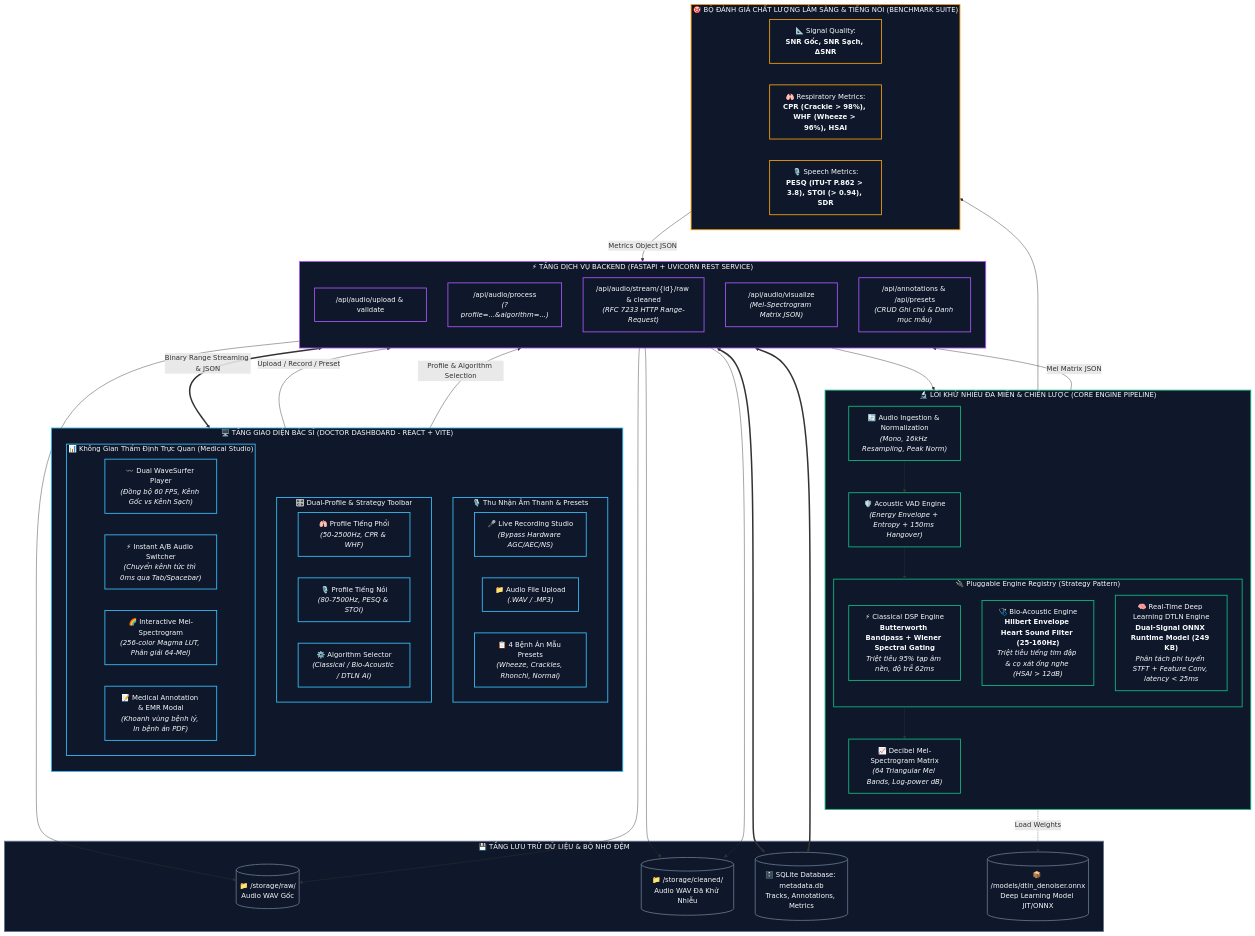
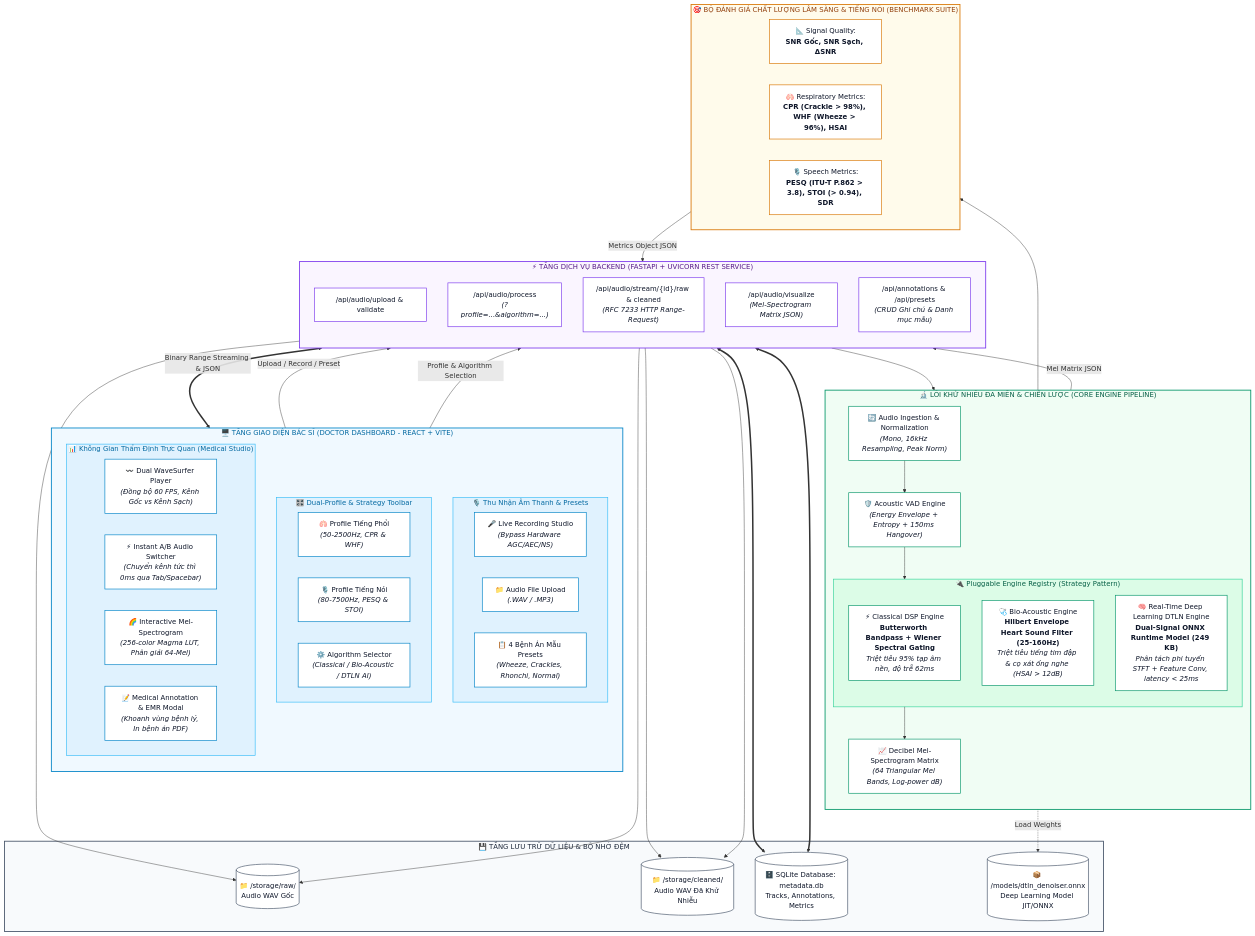
One commit to minhduc01168/respiratory-sound-denoising-viz changed the diagram in README.md. Above: the diagram before and after it, drawn with Mermaid. The commit also changed 1 other file, not shown here.

Commit message:
docs: adjust architecture diagram to high-contrast light theme palette

````diff
--- a/README.md
+++ b/README.md
@@ -121,17 +121,31 @@
     E3 -.->|Load Weights| S4
 
     %% ==========================================
-    %% CLASS STYLES
+    %% LIGHT THEME STYLES (DỄ NHÌN, TƯƠNG PHẢN CAO)
     %% ==========================================
-    classDef uiStyle fill:#0F172A,stroke:#38BDF8,stroke-width:2px,color:#F8FAFC;
-    classDef apiStyle fill:#0F172A,stroke:#A855F7,stroke-width:2px,color:#F8FAFC;
-    classDef engineStyle fill:#0F172A,stroke:#10B981,stroke-width:2px,color:#F8FAFC;
-    classDef metricStyle fill:#0F172A,stroke:#F59E0B,stroke-width:2px,color:#F8FAFC;
-    classDef storageStyle fill:#0F172A,stroke:#64748B,stroke-width:2px,color:#F8FAFC;
+    style UI_TIER fill:#F0F9FF,stroke:#0284C7,stroke-width:2px,color:#0369A1
+    style UI_INPUTS fill:#E0F2FE,stroke:#38BDF8,stroke-width:1.5px,color:#0369A1
+    style UI_CONTROLS fill:#E0F2FE,stroke:#38BDF8,stroke-width:1.5px,color:#0369A1
+    style UI_VIZ fill:#E0F2FE,stroke:#38BDF8,stroke-width:1.5px,color:#0369A1
 
-    class UI_TIER,UI_INPUTS,UI_CONTROLS,UI_VIZ,U1,U2,U3,U4,U5,U6,U7,U8,U9,U10 uiStyle;
-    class API_TIER,A1,A2,A3,A4,A5 apiStyle;
-    class CORE_TIER,P0,P1,P2,STRATEGY_REGISTRY,E1,E2,E3 engineStyle;
-    class BENCHMARK_TIER,M1,M2,M3 metricStyle;
-    class STORAGE_TIER,S1,S2,S3,S4 storageStyle;
+    style API_TIER fill:#FAF5FF,stroke:#7C3AED,stroke-width:2px,color:#581C87
+    
+    style CORE_TIER fill:#F0FDF4,stroke:#059669,stroke-width:2px,color:#065F46
+    style STRATEGY_REGISTRY fill:#DCFCE7,stroke:#34D399,stroke-width:1.5px,color:#065F46
+
+    style BENCHMARK_TIER fill:#FFFBEB,stroke:#D97706,stroke-width:2px,color:#92400E
+
+    style STORAGE_TIER fill:#F8FAFC,stroke:#475569,stroke-width:2px,color:#1E293B
+
+    classDef uiCard fill:#FFFFFF,stroke:#0284C7,stroke-width:1.5px,color:#0F172A;
+    classDef apiCard fill:#FFFFFF,stroke:#7C3AED,stroke-width:1.5px,color:#0F172A;
+    classDef engineCard fill:#FFFFFF,stroke:#059669,stroke-width:1.5px,color:#0F172A;
+    classDef metricCard fill:#FFFFFF,stroke:#D97706,stroke-width:1.5px,color:#0F172A;
+    classDef storageCard fill:#FFFFFF,stroke:#475569,stroke-width:1.5px,color:#0F172A;
+
+    class U1,U2,U3,U4,U5,U6,U7,U8,U9,U10 uiCard;
+    class A1,A2,A3,A4,A5 apiCard;
+    class P0,P1,P2,E1,E2,E3 engineCard;
+    class M1,M2,M3 metricCard;
+    class S1,S2,S3,S4 storageCard;
 ```
````
